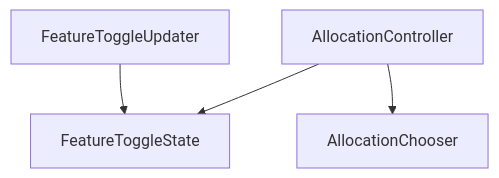
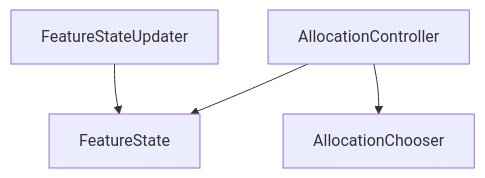
One commit to lending-llama/lending-llama-2022-10 changed the second of 4 diagrams in extras/transcript.md. Above: the diagram before and after it, drawn with Mermaid. The commit also changed other lines of this file and 1 other file, not shown here.

````diff
--- a/extras/transcript.md
+++ b/extras/transcript.md
@@ -203,6 +213,6 @@
 ```mermaid
 graph TD
-AllocationController --> FeatureToggleState;
+AllocationController --> FeatureState;
 AllocationController --> AllocationChooser;
-FeatureToggleUpdater --> FeatureToggleState;
+FeatureStateUpdater --> FeatureState;
 ```
````
